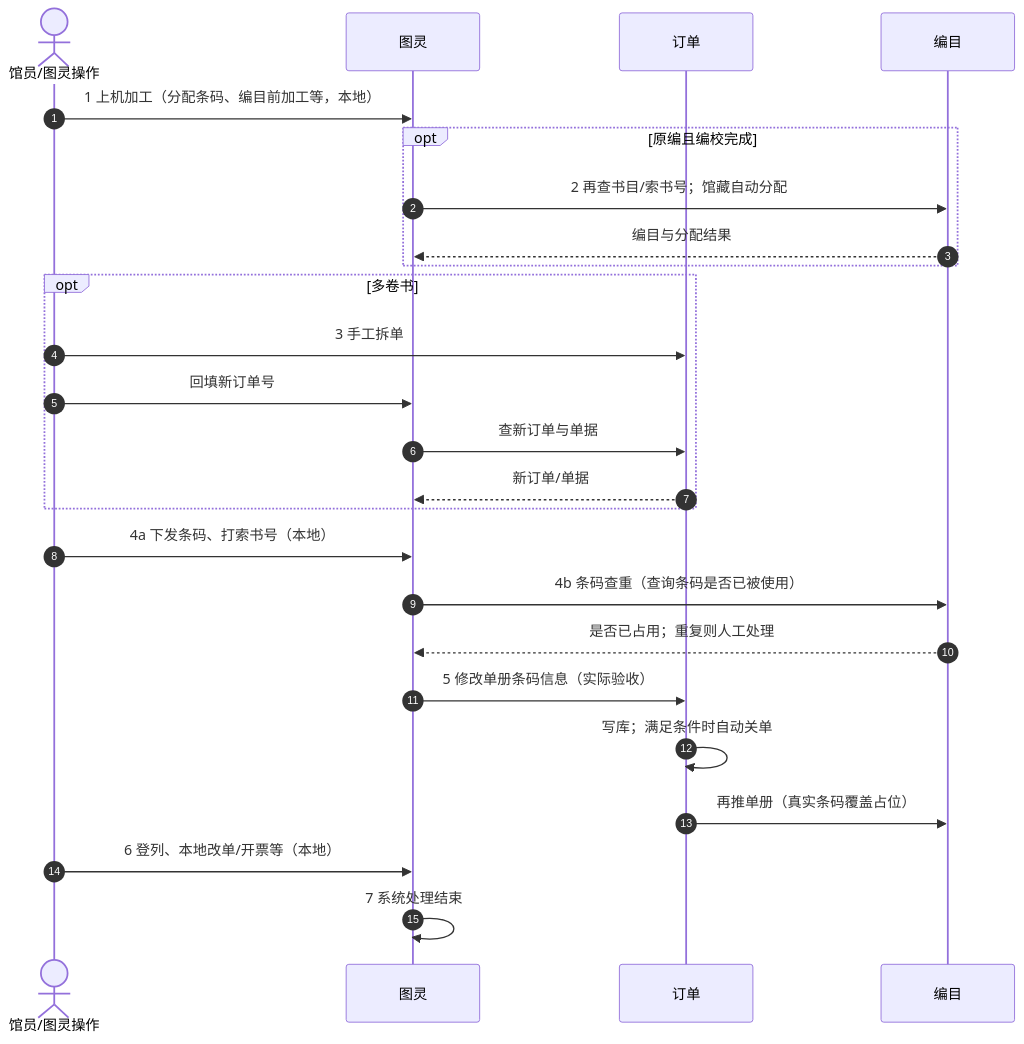
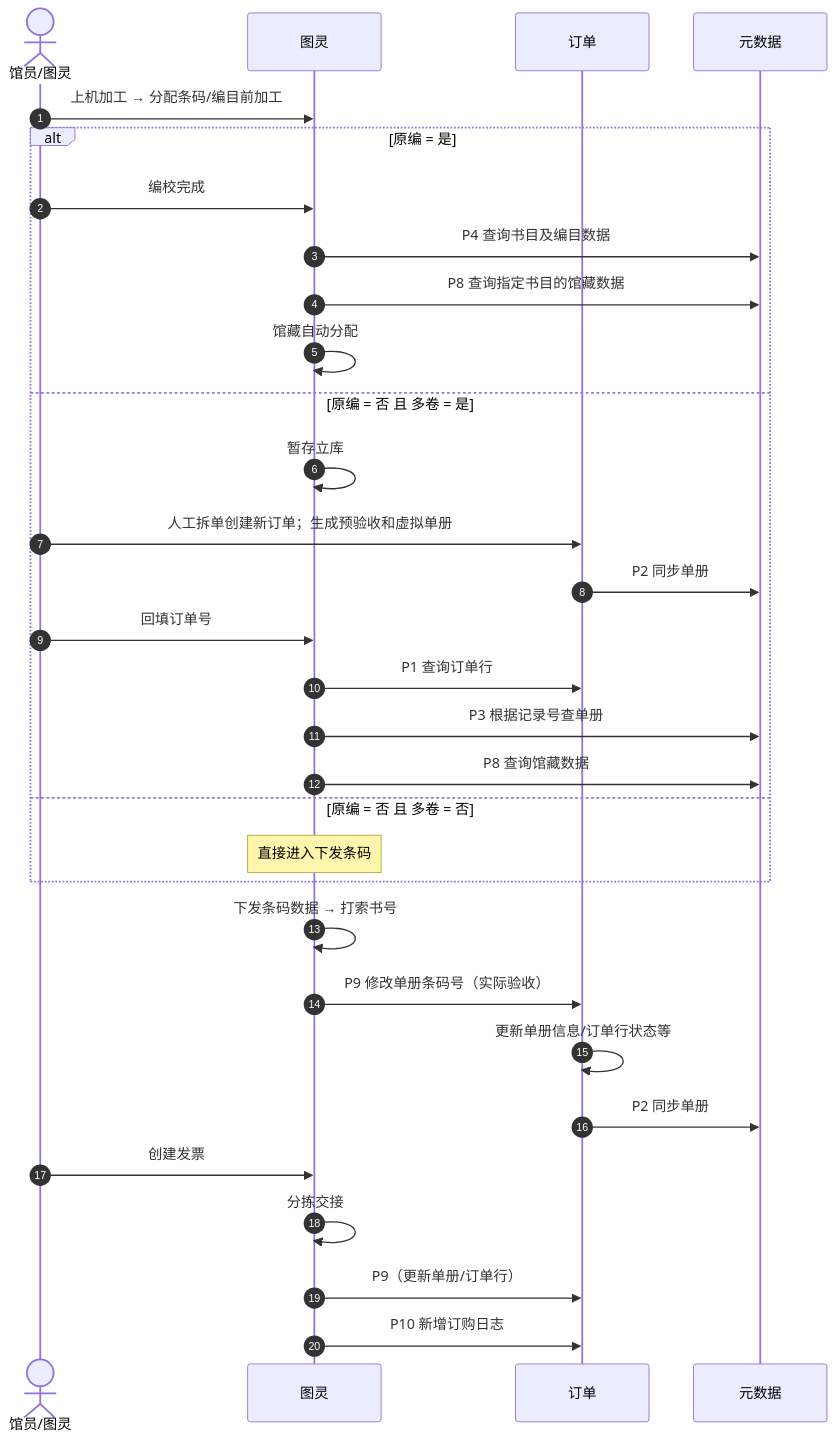
One commit to yxw7/orderM changed the second of 2 diagrams in docs/superpowers/specs/2026-10-14-turing-order-catalog-acceptance-flow-design.md. Above: the diagram before and after it, drawn with Mermaid. The commit also changed other lines of this file and 2 other files, not shown here.

First line of the commit message:
docs: realign Turing integration flow to drawio P1-P10

````diff
--- a/docs/superpowers/specs/2026-10-14-turing-order-catalog-acceptance-flow-design.md
+++ b/docs/superpowers/specs/2026-10-14-turing-order-catalog-acceptance-flow-design.md
@@ -125,28 +132,34 @@
 ```mermaid
 sequenceDiagram
   autonumber
-  actor Op as 馆员/图灵操作
+  actor Op as 馆员/图灵
   participant T as 图灵
   participant O as 订单
-  participant C as 编目
+  participant M as 元数据
 
-  Op->>T: 1 上机加工（分配条码、编目前加工等，本地）
-  opt 原编且编校完成
-    T->>C: 2 再查书目/索书号；馆藏自动分配
-    C-->>T: 编目与分配结果
+  Op->>T: 上机加工 → 分配条码/编目前加工
+  alt 原编 = 是
+    Op->>T: 编校完成
+    T->>M: P4 查询书目及编目数据
+    T->>M: P8 查询指定书目的馆藏数据
+    T->>T: 馆藏自动分配
+  else 原编 = 否 且 多卷 = 是
+    T->>T: 暂存立库
+    Op->>O: 人工拆单创建新订单；生成预验收和虚拟单册
+    O->>M: P2 同步单册
+    Op->>T: 回填订单号
+    T->>O: P1 查询订单行
+    T->>M: P3 根据记录号查单册
+    T->>M: P8 查询馆藏数据
+  else 原编 = 否 且 多卷 = 否
+    Note over T: 直接进入下发条码
   end
-  opt 多卷书
-    Op->>O: 3 手工拆单
-    Op->>T: 回填新订单号
-    T->>O: 查新订单与单据
-    O-->>T: 新订单/单据
-  end
-  Op->>T: 4a 下发条码、打索书号（本地）
-  T->>C: 4b 条码查重（查询条码是否已被使用）
-  C-->>T: 是否已占用；重复则人工处理
-  T->>O: 5 修改单册条码信息（实际验收）
-  O->>O: 写库；满足条件时自动关单
-  O->>C: 再推单册（真实条码覆盖占位）
-  Op->>T: 6 登列、本地改单/开票等（本地）
-  T->>T: 7 系统处理结束
+  T->>T: 下发条码数据 → 打索书号
+  T->>O: P9 修改单册条码号（实际验收）
+  O->>O: 更新单册信息/订单行状态等
+  O->>M: P2 同步单册
+  Op->>T: 创建发票
+  T->>T: 分拣交接
+  T->>O: P9（更新单册/订单行）
+  T->>O: P10 新增订购日志
 ```
````
